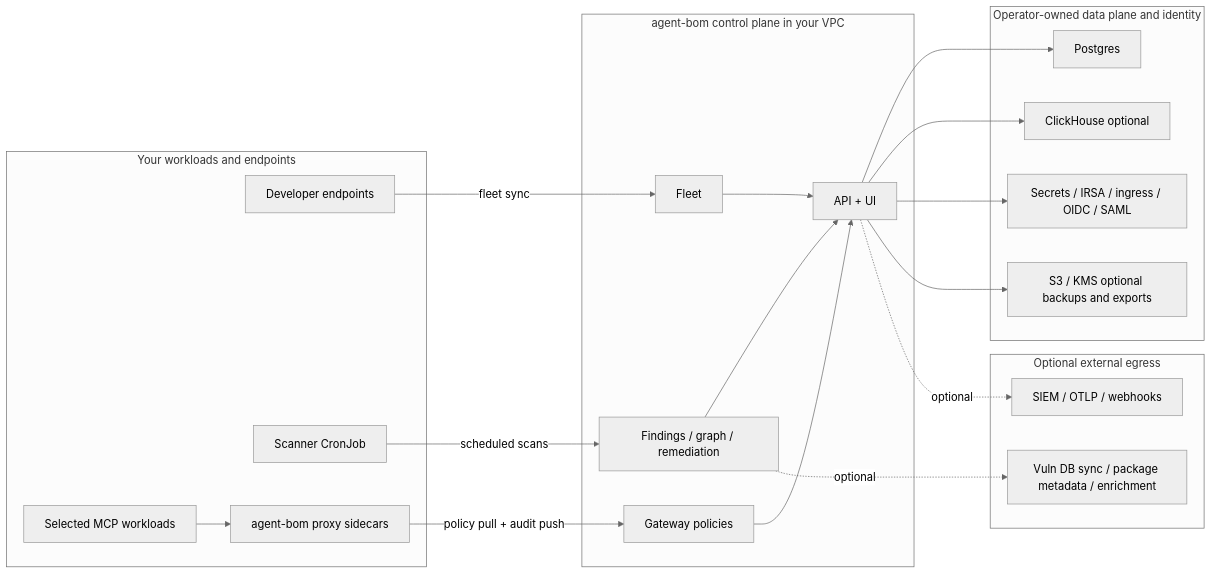
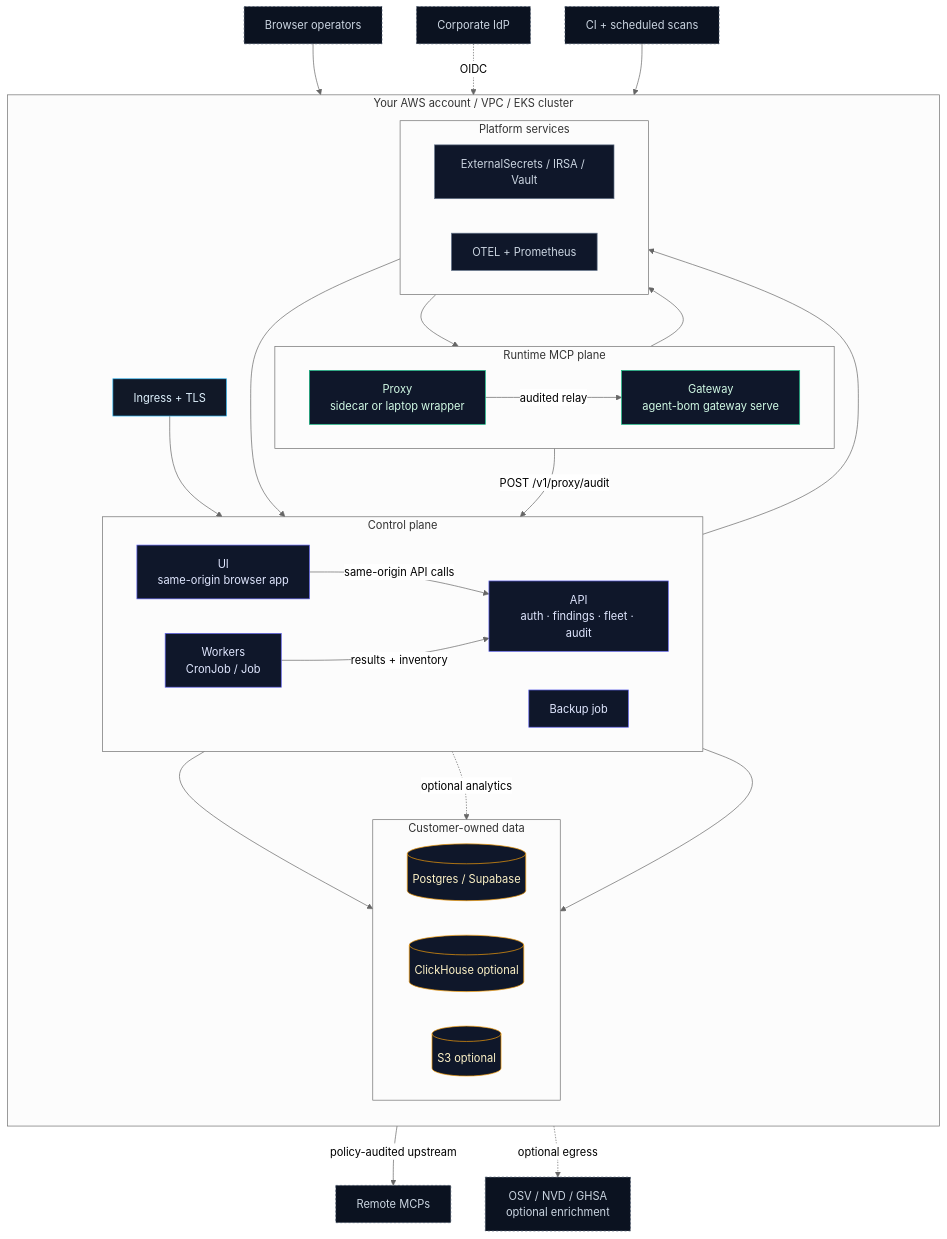
One commit to msaad00/agent-bom changed the first of 2 diagrams in site-docs/deployment/own-infra-eks.md. Above: the diagram before and after it, drawn with Mermaid (neutral theme). The commit also changed other lines of this file and 6 other files, not shown here.

First line of the commit message:
[docs] simplify self-hosted deployment and runtime diagrams (#1607)

````diff
--- a/site-docs/deployment/own-infra-eks.md
+++ b/site-docs/deployment/own-infra-eks.md
@@ -40,42 +45,65 @@
 ```mermaid
-flowchart LR
-    subgraph Workloads["Your workloads and endpoints"]
-      Endpoints["Developer endpoints"]
-      Cron["Scanner CronJob"]
-      MCP["Selected MCP workloads"]
-      Sidecars["agent-bom proxy sidecars"]
+flowchart TB
+    classDef ext  fill:#0b1220,stroke:#475569,color:#cbd5e1,stroke-dasharray:3 3
+    classDef edge fill:#111827,stroke:#38bdf8,color:#e0f2fe
+    classDef ctrl fill:#0f172a,stroke:#6366f1,color:#e0e7ff
+    classDef run  fill:#0f172a,stroke:#10b981,color:#d1fae5
+    classDef data fill:#0f172a,stroke:#f59e0b,color:#fef3c7
+    classDef ops  fill:#0f172a,stroke:#64748b,color:#cbd5e1
+
+    Browser["Browser operators"]:::ext
+    IdP["Corporate IdP"]:::ext
+    CI["CI + scheduled scans"]:::ext
+    Remote["Remote MCPs"]:::ext
+    Intel["OSV / NVD / GHSA<br/>optional enrichment"]:::ext
+
+    subgraph Customer["Your AWS account / VPC / EKS cluster"]
+      direction TB
+      Ingress["Ingress + TLS"]:::edge
+
+      subgraph Control["Control plane"]
+        direction LR
+        UI["UI<br/>same-origin browser app"]:::ctrl
+        API["API<br/>auth · findings · fleet · audit"]:::ctrl
+        Jobs["Workers<br/>CronJob / Job"]:::ctrl
+        Backup["Backup job"]:::ctrl
+      end
+
+      subgraph Runtime["Runtime MCP plane"]
+        direction LR
+        Proxy["Proxy<br/>sidecar or laptop wrapper"]:::run
+        Gateway["Gateway<br/>agent-bom gateway serve"]:::run
+      end
+
+      subgraph Data["Customer-owned data"]
+        direction LR
+        PG[("Postgres / Supabase")]:::data
+        CH[("ClickHouse optional")]:::data
+        S3[("S3 optional")]:::data
+      end
+
+      subgraph Platform["Platform services"]
+        direction LR
+        Secrets["ExternalSecrets / IRSA / Vault"]:::ops
+        Obs["OTEL + Prometheus"]:::ops
+      end
     end
 
-    subgraph ControlPlane["agent-bom control plane in your VPC"]
-      API["API + UI"]
-      Fleet["Fleet"]
-      Gateway["Gateway policies"]
-      Findings["Findings / graph / remediation"]
-    end
-
-    subgraph Data["Operator-owned data plane and identity"]
-      PG["Postgres"]
-      CH["ClickHouse optional"]
-      Secrets["Secrets / IRSA / ingress / OIDC / SAML"]
-      S3["S3 / KMS optional backups and exports"]
-    end
-
-    subgraph Optional["Optional external egress"]
-      DBSync["Vuln DB sync / package metadata / enrichment"]
-      SIEM["SIEM / OTLP / webhooks"]
-    end
-
-    Endpoints -->|fleet sync| Fleet
-    Cron -->|scheduled scans| Findings
-    MCP --> Sidecars
-    Sidecars -->|policy pull + audit push| Gateway
+    Browser --> Ingress
+    IdP -. OIDC .-> Ingress
+    Ingress --> UI
+    UI -->|same-origin API calls| API
+    CI --> Jobs
+    Jobs -->|results + inventory| API
+    Proxy -->|audited relay| Gateway
+    Gateway -->|POST /v1/proxy/audit| API
+    Gateway -->|policy-audited upstream| Remote
     API --> PG
-    API --> CH
-    API --> Secrets
-    API --> S3
-    Fleet --> API
-    Gateway --> API
-    Findings --> API
-    Findings -. optional .-> DBSync
-    API -. optional .-> SIEM
+    API -. optional analytics .-> CH
+    Backup --> S3
+    Secrets --> API
+    Secrets --> Gateway
+    API --> Obs
+    Gateway --> Obs
+    API -. optional egress .-> Intel
 ```
````
